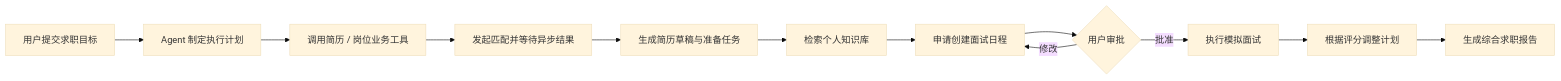
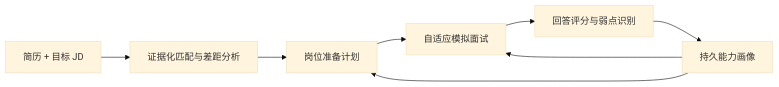
Before and after one commit to w0nderful-yzh/CareerAI: the first of 2 diagrams in README.md, drawn with Mermaid (base theme). The commit also changed other lines of this file and 9 other files, not shown here.

````diff
--- a/README.md
+++ b/README.md
@@ -13,14 +16,10 @@
 ```mermaid
 flowchart LR
-    A["用户提交求职目标"] --> B["Agent 制定执行计划"]
-    B --> C["调用简历 / 岗位业务工具"]
-    C --> D["发起匹配并等待异步结果"]
-    D --> E["生成简历草稿与准备任务"]
-    E --> F["检索个人知识库"]
-    F --> G["申请创建面试日程"]
-    G --> H{"用户审批"}
-    H -->|批准| I["执行模拟面试"]
-    H -->|修改| G
-    I --> J["根据评分调整计划"]
-    J --> K["生成综合求职报告"]
+    A["简历 + 目标 JD"] --> B["证据化匹配与差距分析"]
+    B --> C["岗位准备计划"]
+    C --> D["自适应模拟面试"]
+    D --> E["回答评分与弱点识别"]
+    E --> F["持久能力画像"]
+    F --> D
+    F --> C
 ```
````
